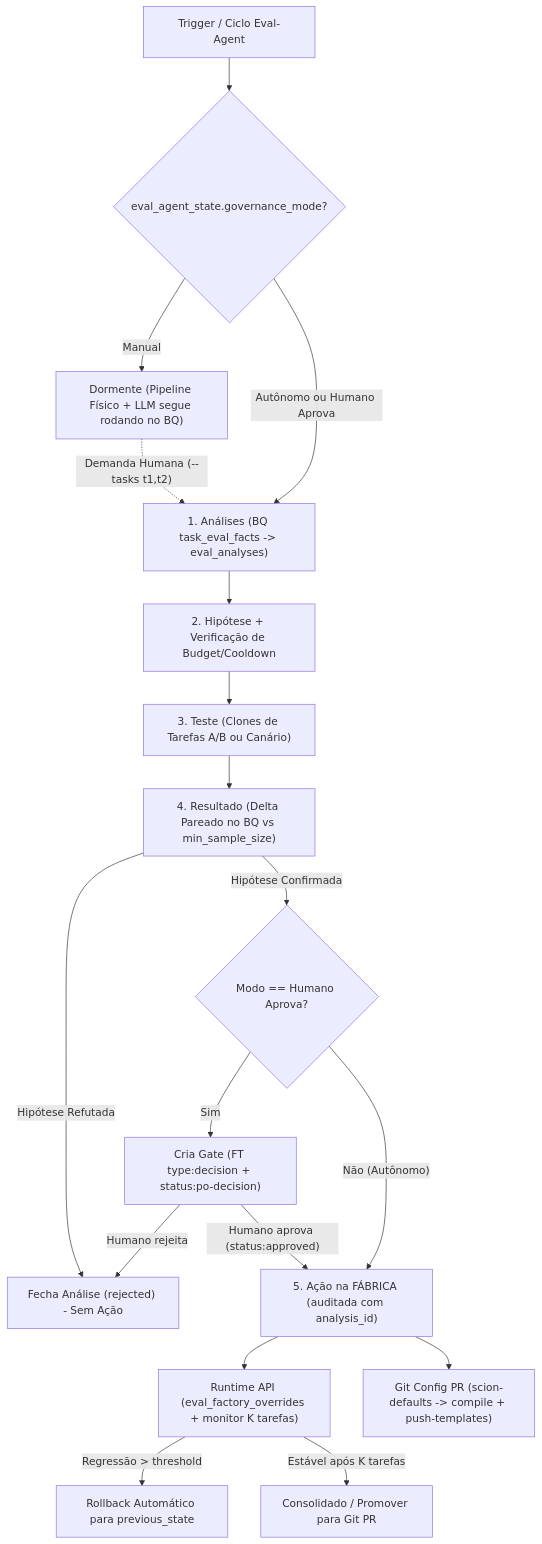
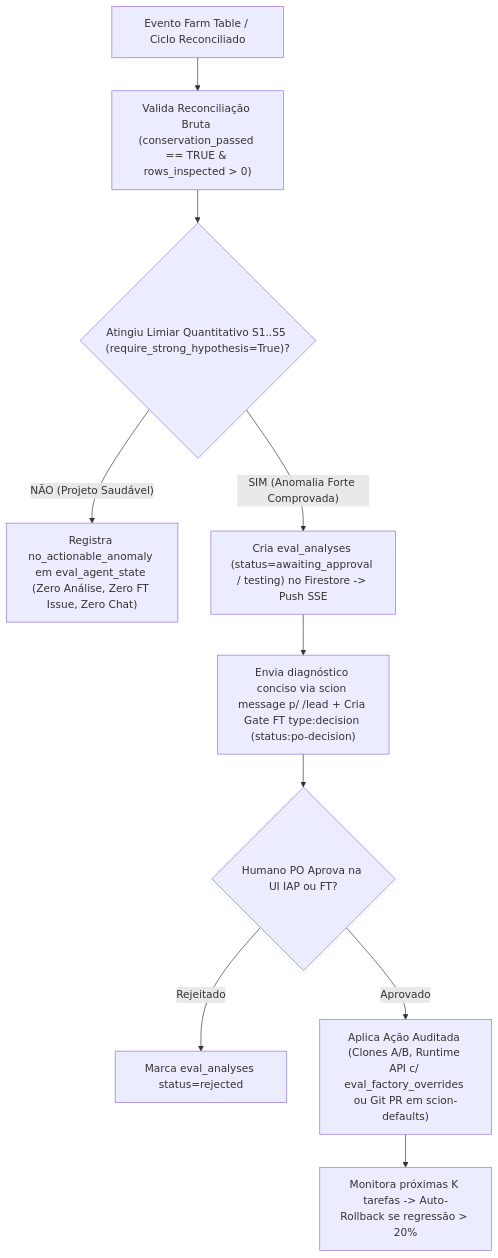
One commit to vcx/scion-defaults changed the third of 3 diagrams in docs/specs/eval-fabrica-spec.md. Above: the diagram before and after it, drawn with Mermaid. The commit also changed other lines of this file and 7 other files, not shown here.

Commit message:
feat(eval-fabrica): v2 spec and eval_snapshots Firestore store & index parity

````diff
--- a/docs/specs/eval-fabrica-spec.md
+++ b/docs/specs/eval-fabrica-spec.md
@@ -523,23 +397,12 @@
 ```mermaid
 flowchart TD
-    START["Trigger / Ciclo Eval-Agent"] --> CHECK_MODE{"eval_agent_state.governance_mode?"}
-    CHECK_MODE -->|"Manual"| SLEEP["Dormente (Pipeline Físico + LLM segue rodando no BQ)"]
-    SLEEP -.->|"Demanda Humana (--tasks t1,t2)"| ANALYZE
-    CHECK_MODE -->|"Autônomo ou Humano Aprova"| ANALYZE["1. Análises (BQ task_eval_facts -> eval_analyses)"]
-
-    ANALYZE --> HYP["2. Hipótese + Verificação de Budget/Cooldown"]
-    HYP --> TEST["3. Teste (Clones de Tarefas A/B ou Canário)"]
-    TEST --> RES["4. Resultado (Delta Pareado no BQ vs min_sample_size)"]
-    RES -->|"Hipótese Refutada"| CLOSE_REJ["Fecha Análise (rejected) - Sem Ação"]
-    RES -->|"Hipótese Confirmada"| GATE_CHECK{"Modo == Humano Aprova?"}
-
-    GATE_CHECK -->|"Sim"| CREATE_GATE["Cria Gate (FT type:decision + status:po-decision)"]
-    CREATE_GATE -->|"Humano aprova (status:approved)"| ACT["5. Ação na FÁBRICA (auditada com analysis_id)"]
-    CREATE_GATE -->|"Humano rejeita"| CLOSE_REJ
-    GATE_CHECK -->|"Não (Autônomo)"| ACT
-
-    ACT --> RT["Runtime API (eval_factory_overrides + monitor K tarefas)"]
-    ACT --> PR["Git Config PR (scion-defaults -> compile + push-templates)"]
-    RT -->|"Regressão > threshold"| RB["Rollback Automático para previous_state"]
-    RT -->|"Estável após K tarefas"| PROMOTE["Consolidado / Promover para Git PR"]
+    WAKE["Evento Farm Table / Ciclo Reconciliado"] --> RECON["Valida Reconciliação Bruta (conservation_passed == TRUE & rows_inspected > 0)"]
+    RECON --> GATE_H{"Atingiu Limiar Quantitativo S1..S5 (require_strong_hypothesis=True)?"}
+    GATE_H -->|"NÃO (Projeto Saudável)"| HEALTHY["Registra no_actionable_anomaly em eval_agent_state (Zero Análise, Zero FT Issue, Zero Chat)"]
+    GATE_H -->|"SIM (Anomalia Forte Comprovada)"| OPEN_AN["Cria eval_analyses (status=awaiting_approval / testing) no Firestore -> Push SSE"]
+    OPEN_AN --> NOTIFY["Envia diagnóstico conciso via scion message p/ <slug>/lead + Cria Gate FT type:decision (status:po-decision)"]
+    NOTIFY --> PO_WAIT{"Humano PO Aprova na UI IAP ou FT?"}
+    PO_WAIT -->|"Rejeitado"| REJ["Marca eval_analyses status=rejected"]
+    PO_WAIT -->|"Aprovado"| APPLY["Aplica Ação Auditada (Clones A/B, Runtime API c/ eval_factory_overrides ou Git PR em scion-defaults)"]
+    APPLY --> MON["Monitora próximas K tarefas -> Auto-Rollback se regressão > 20%"]
 ```
````
